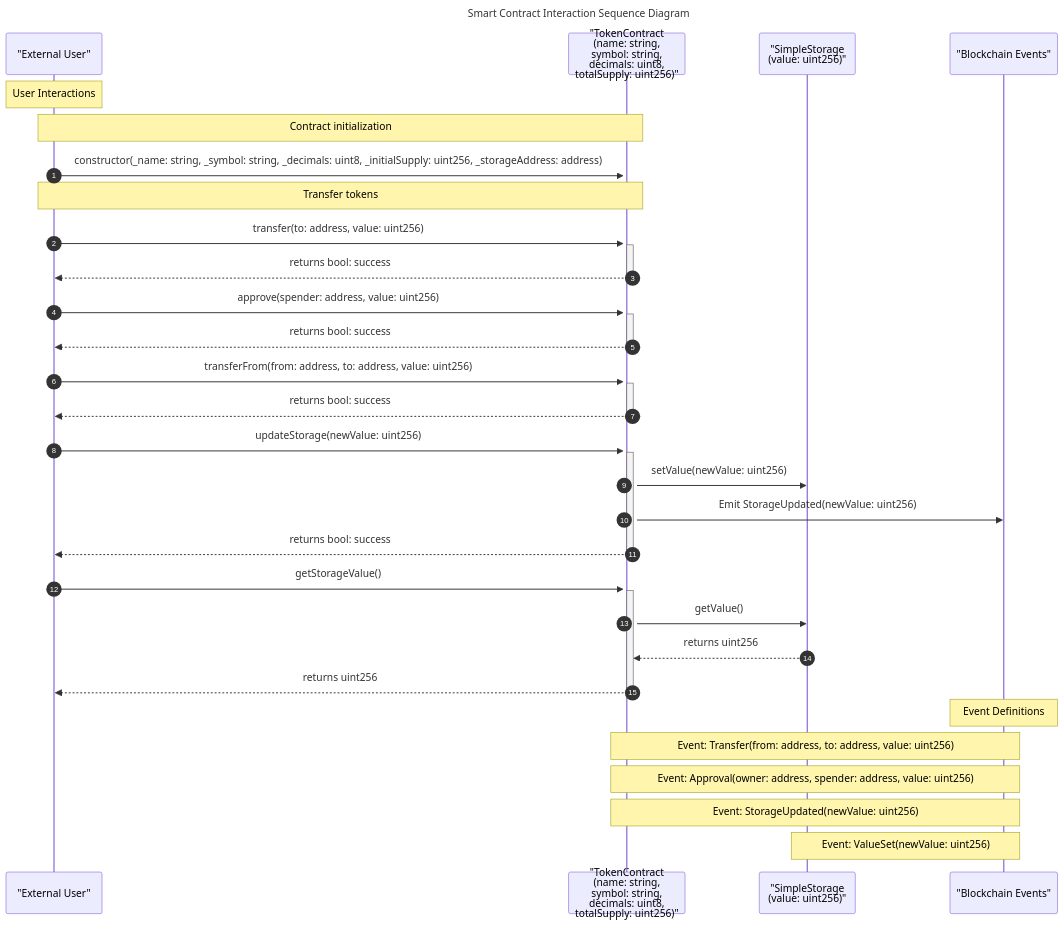
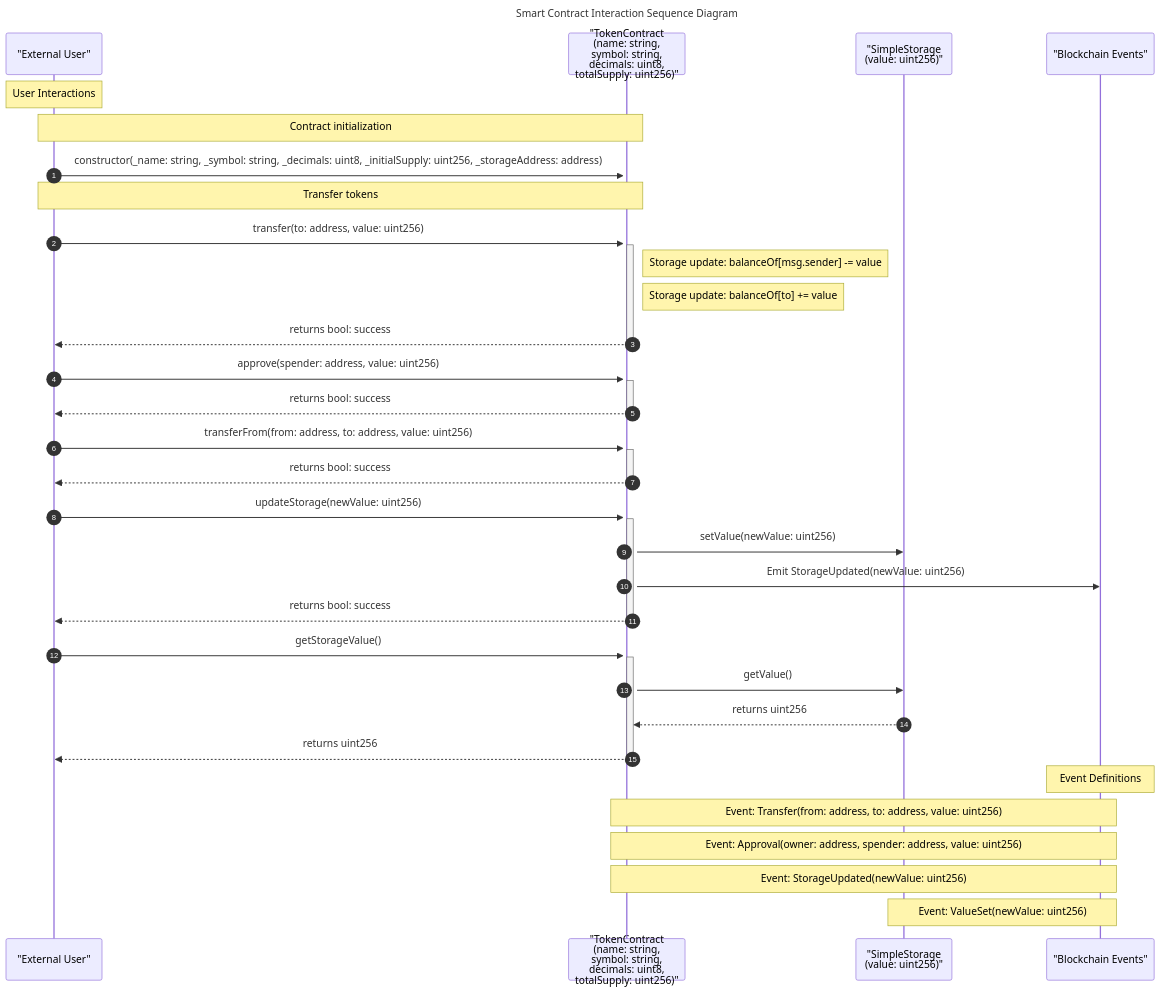
One commit to sumitvekariya/sol2seq changed the diagram in GITHUB_README.md. Above: the diagram before and after it, drawn with Mermaid. The commit also changed other lines of this file and 8 other files, not shown here.

````diff
--- a/GITHUB_README.md
+++ b/GITHUB_README.md
@@ -84,43 +88,45 @@
 ```mermaid
 sequenceDiagram
     title Smart Contract Interaction Sequence Diagram
     autonumber
     
     participant User as "External User"
     participant Token as "TokenContract<br/>(name: string,<br/>symbol: string,<br/>decimals: uint8,<br/>totalSupply: uint256)"
     participant SimpleStorage as "SimpleStorage<br/>(value: uint256)"
     participant Events as "Blockchain Events"
     
     %% User Interactions Section
     Note over User: User Interactions
     
     Note over User,Token: Contract initialization
     User->>+Token: constructor(_name: string, _symbol: string, _decimals: uint8, _initialSupply: uint256, _storageAddress: address)
     
     Note over User,Token: Transfer tokens
     User->>+Token: transfer(to: address, value: uint256)
+    Note right of Token: Storage update: balanceOf[msg.sender] -= value
+    Note right of Token: Storage update: balanceOf[to] += value
     Token-->>-User: returns bool: success
     
     User->>+Token: approve(spender: address, value: uint256)
     Token-->>-User: returns bool: success
     
     User->>+Token: transferFrom(from: address, to: address, value: uint256)
     Token-->>-User: returns bool: success
     
     User->>+Token: updateStorage(newValue: uint256)
     Token->>SimpleStorage: setValue(newValue: uint256)
     Token->>Events: Emit StorageUpdated(newValue: uint256)
     Token-->>-User: returns bool: success
     
     User->>+Token: getStorageValue()
     Token->>SimpleStorage: getValue()
     SimpleStorage-->>Token: returns uint256
     Token-->>-User: returns uint256
     
     %% Event Definitions
     Note over Events: Event Definitions
     Note over Token,Events: Event: Transfer(from: address, to: address, value: uint256)
     Note over Token,Events: Event: Approval(owner: address, spender: address, value: uint256)
     Note over Token,Events: Event: StorageUpdated(newValue: uint256)
     Note over SimpleStorage,Events: Event: ValueSet(newValue: uint256)
 ```
````
